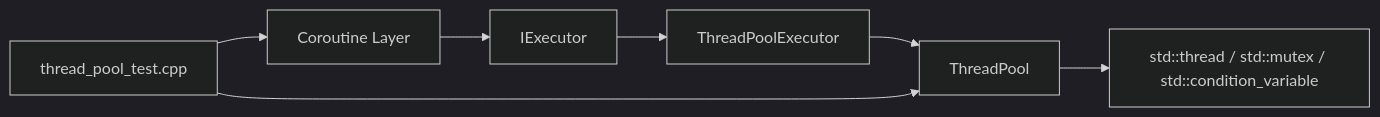
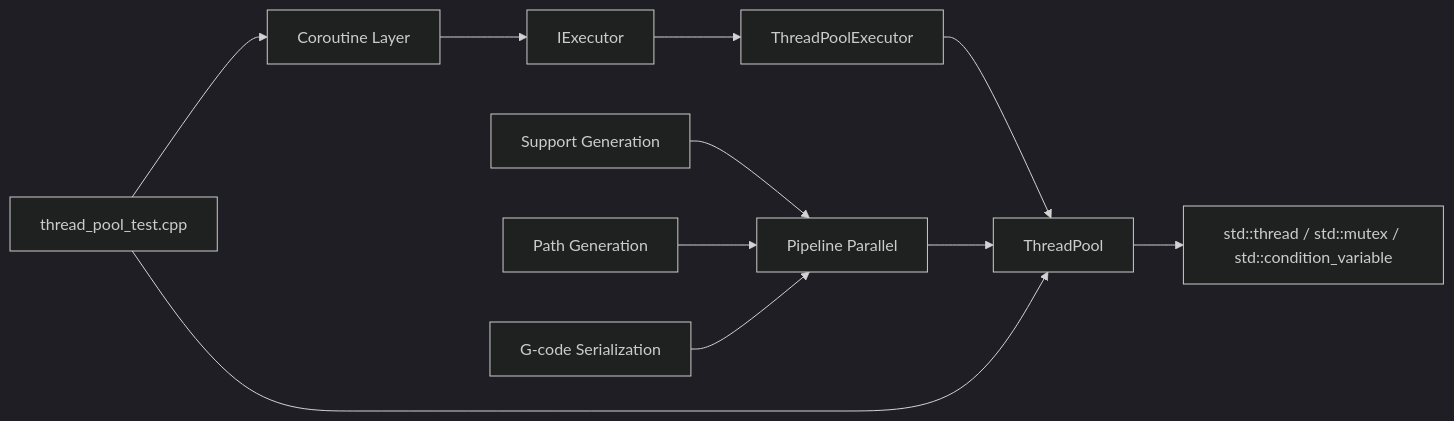
The eighth of 8 diagrams in .qoder/repowiki/en/content/Advanced Features/Parallel Processing.md (hsmbanlance/HsBaSlicer), drawn with Mermaid (dark theme) before and after one commit. The commit also changed other lines of this file and 365 other files, not shown here.

````diff
--- a/.qoder/repowiki/en/content/Advanced Features/Parallel Processing.md
+++ b/.qoder/repowiki/en/content/Advanced Features/Parallel Processing.md
@@ -268,9 +423,13 @@
 ```mermaid
 graph LR
 TP["ThreadPool"] --> STD["std::thread / std::mutex / std::condition_variable"]
 TPE["ThreadPoolExecutor"] --> TP
 CE["Coroutine Layer"] --> IEXE["IExecutor"]
 IEXE --> TPE
+PP["Pipeline Parallel"] --> TP
+SUP["Support Generation"] --> PP
+PATH["Path Generation"] --> PP
+GCODE["G-code Serialization"] --> PP
 TPT["thread_pool_test.cpp"] --> TP
 TPT --> CE
 ```
````
